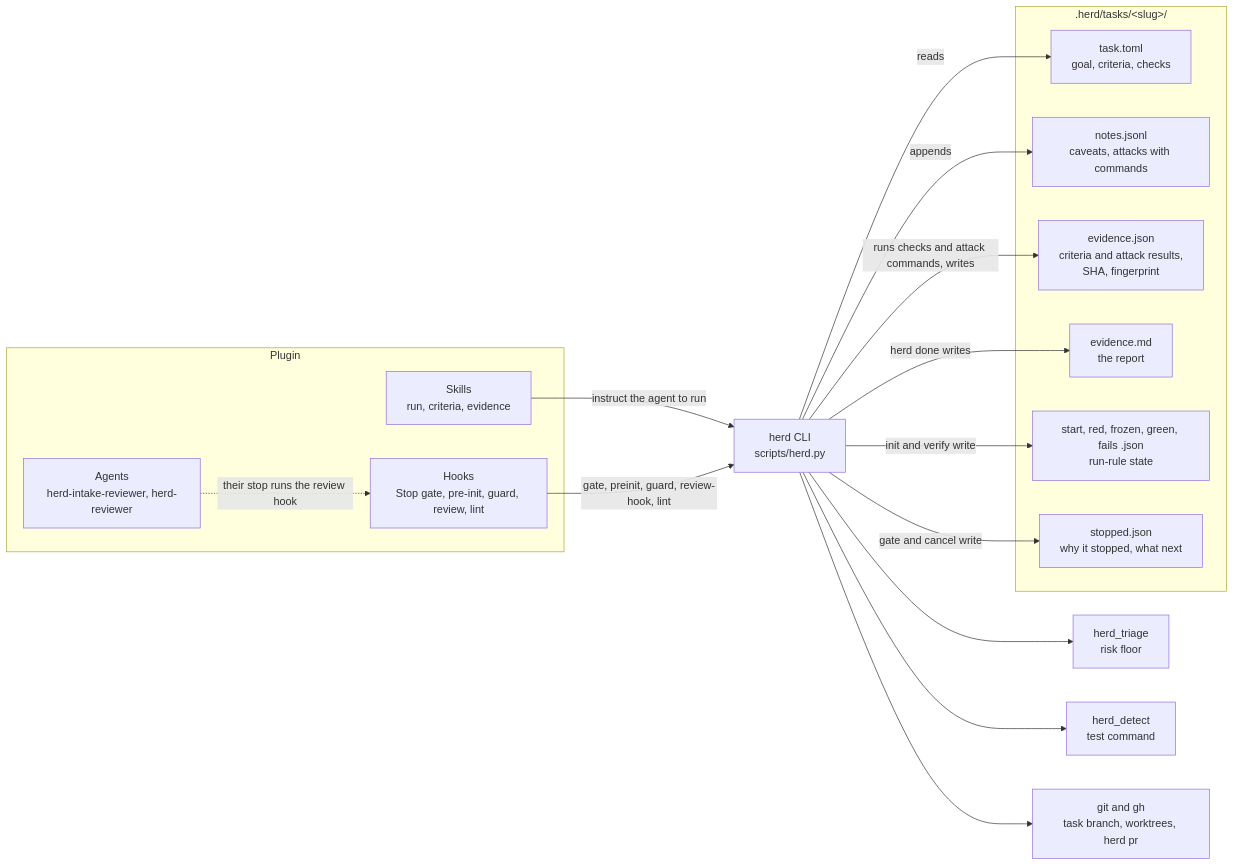
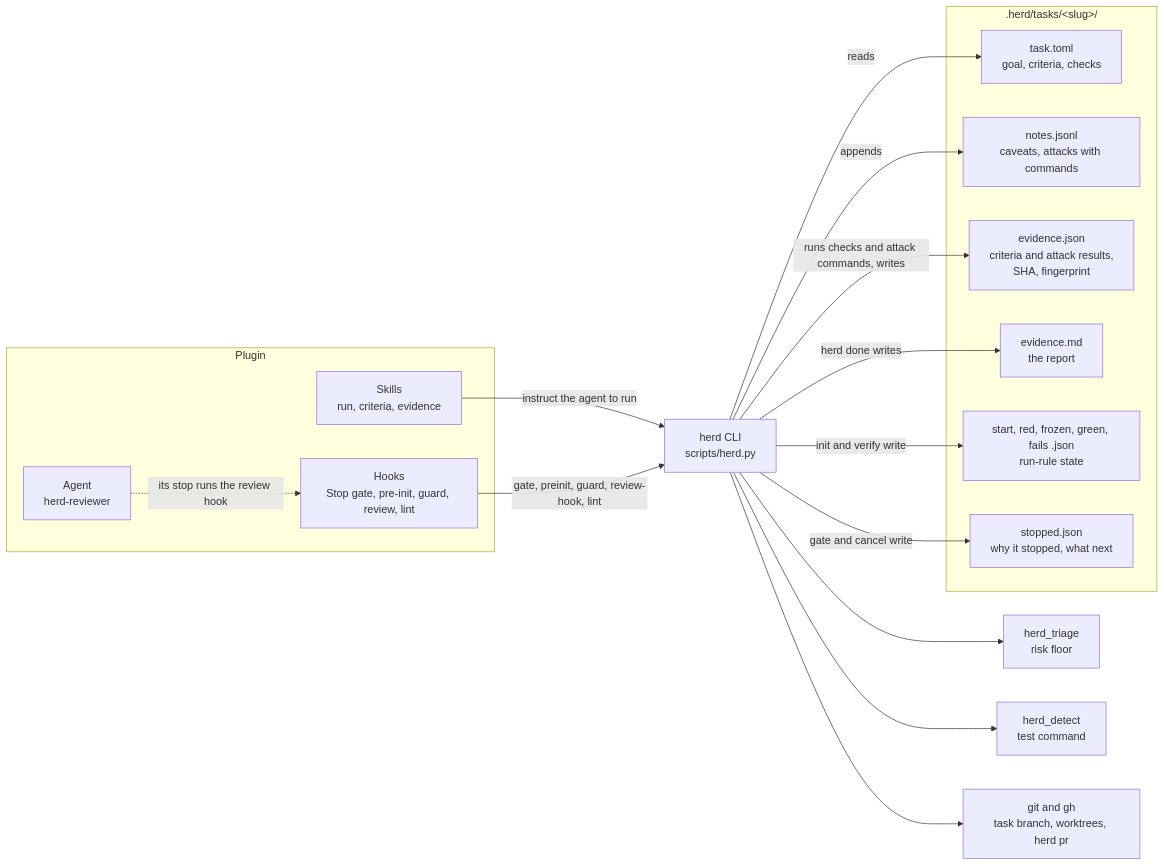
One commit to Beovulfo/herd-sdlc changed the second of 2 diagrams in README.md. Above: the diagram before and after it, drawn with Mermaid. The commit also changed other lines of this file and 15 other files, not shown here.

First line of the commit message:
Herd 0.12.0: remove the intake reviewer (#26)

````diff
--- a/README.md
+++ b/README.md
@@ -139,32 +139,32 @@
 ```mermaid
 flowchart LR
     subgraph Plugin
         S["Skills<br/>run, criteria, evidence"]
         H["Hooks<br/>Stop gate, pre-init, guard, review, lint"]
-        A["Agents<br/>herd-intake-reviewer, herd-reviewer"]
+        A["Agent<br/>herd-reviewer"]
     end
     CLI["herd CLI<br/>scripts/herd.py"]
     T["herd_triage<br/>risk floor"]
     D["herd_detect<br/>test command"]
     G["git and gh<br/>task branch, worktrees, herd pr"]
     subgraph State[".herd/tasks/&lt;slug&gt;/"]
         TT["task.toml<br/>goal, criteria, checks"]
         NO["notes.jsonl<br/>caveats, attacks with commands"]
         EV["evidence.json<br/>criteria and attack results,<br/>SHA, fingerprint"]
         RP["evidence.md<br/>the report"]
         RR["start, red, frozen, green, fails .json<br/>run-rule state"]
         SR["stopped.json<br/>why it stopped, what next"]
     end
     S -->|instruct the agent to run| CLI
     H -->|gate, preinit, guard, review-hook, lint| CLI
-    A -.->|their stop runs the review hook| H
+    A -.->|its stop runs the review hook| H
     CLI --> T
     CLI --> D
     CLI --> G
     CLI -->|reads| TT
     CLI -->|appends| NO
     CLI -->|runs checks and attack commands, writes| EV
     CLI -->|herd done writes| RP
     CLI -->|init and verify write| RR
     CLI -->|gate and cancel write| SR
 ```
````
